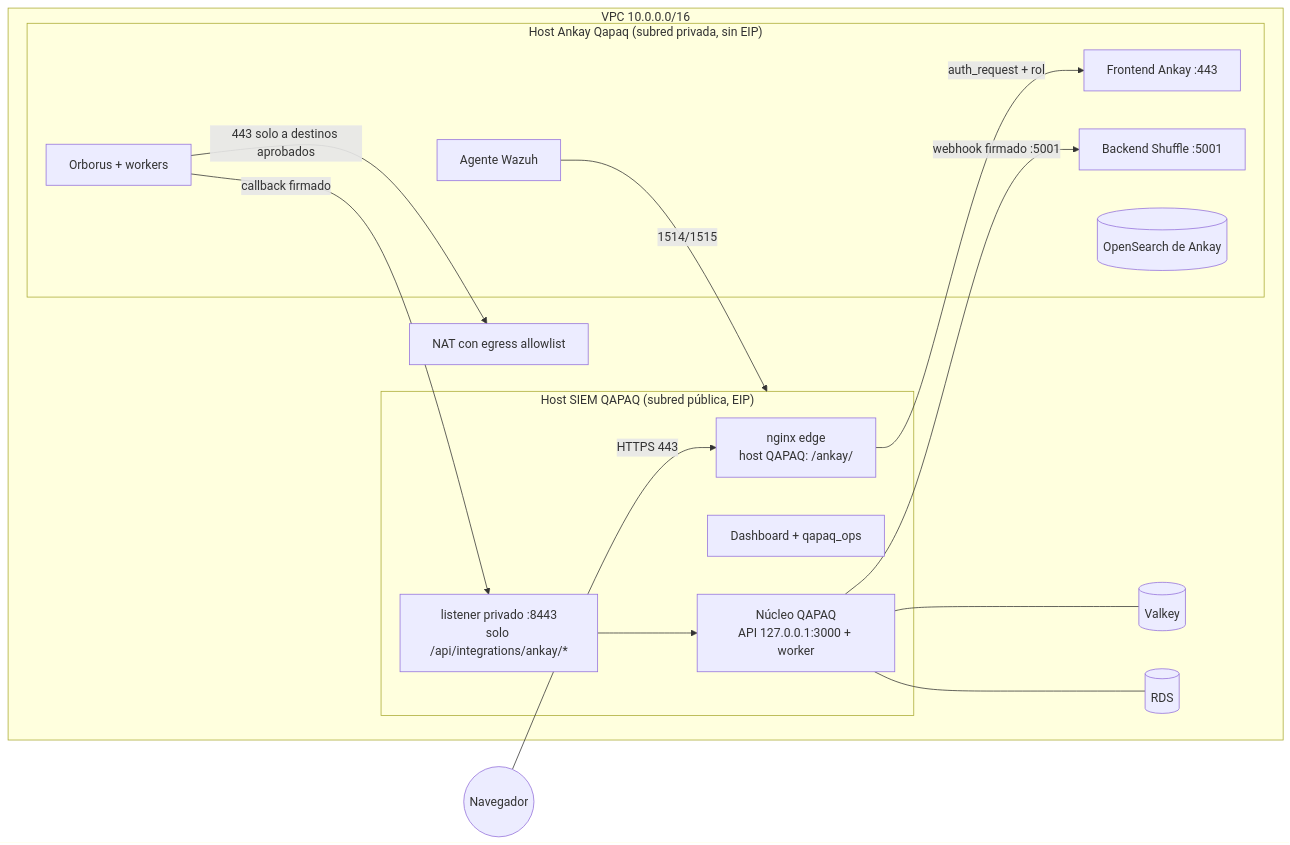
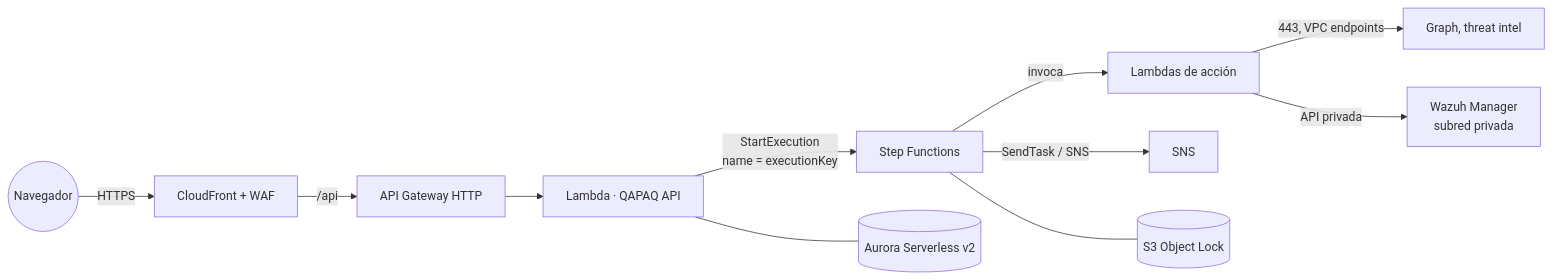
The second of 5 diagrams in docs/14-ankay-conexion-qapaq.md (CyberStill-GmbH/qapaq-secops), drawn with Mermaid before and after one commit. The commit also changed other lines of this file and 1162 other files, not shown here.

First line of the commit message:
feat: sync QAPAQ SecOps with everything built in b89-secops (2026-11-02 .. 2026-11-16)

````diff
--- a/docs/14-ankay-conexion-qapaq.md
+++ b/docs/14-ankay-conexion-qapaq.md
@@ -34,29 +37,12 @@
 ```mermaid
 flowchart LR
-  U((Navegador)) -->|HTTPS 443| EDGE
-  subgraph VPC["VPC 10.0.0.0/16"]
-    subgraph SIEMHOST["Host SIEM QAPAQ (subred pública, EIP)"]
-      EDGE["nginx edge<br/>host QAPAQ: /ankay/"]
-      OSD[Dashboard + qapaq_ops]
-      CORE["Núcleo QAPAQ<br/>API 127.0.0.1:3000 + worker"]
-      CB["listener privado :8443<br/>solo /api/integrations/ankay/*"]
-    end
-    subgraph ANKHOST["Host Ankay Qapaq (subred privada, sin EIP)"]
-      AFE[Frontend Ankay :443]
-      ABE[Backend Shuffle :5001]
-      AOR[Orborus + workers]
-      AOS[(OpenSearch de Ankay)]
-      AG[Agente Wazuh]
-    end
-    VK[(Valkey)]
-    PG[(RDS)]
-    NAT[NAT con egress allowlist]
-  end
-  EDGE -->|auth_request + rol| AFE
-  CORE -->|webhook firmado :5001| ABE
-  AOR -->|callback firmado| CB --> CORE
-  CORE --- VK
-  CORE --- PG
-  AOR -->|443 solo a destinos aprobados| NAT
-  AG -->|1514/1515| SIEMHOST
+  U((Navegador)) -->|HTTPS| CF[CloudFront + WAF]
+  CF -->|/api| APIGW[API Gateway HTTP] --> API[Lambda · QAPAQ API]
+  API -->|StartExecution<br/>name = executionKey| SFN[Step Functions]
+  SFN -->|invoca| LA[Lambdas de acción]
+  LA -->|443, VPC endpoints| EXT[Graph, threat intel]
+  LA -->|API privada| MGR[Wazuh Manager<br/>subred privada]
+  SFN -->|SendTask / SNS| SNS[SNS]
+  API --- AUR[(Aurora Serverless v2)]
+  SFN --- S3[(S3 Object Lock)]
 ```
````
